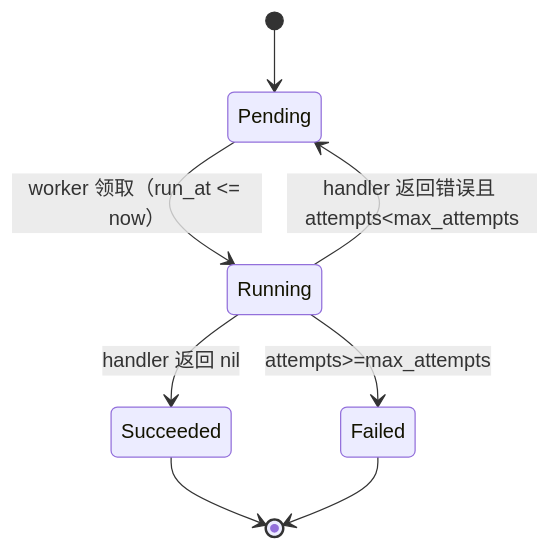
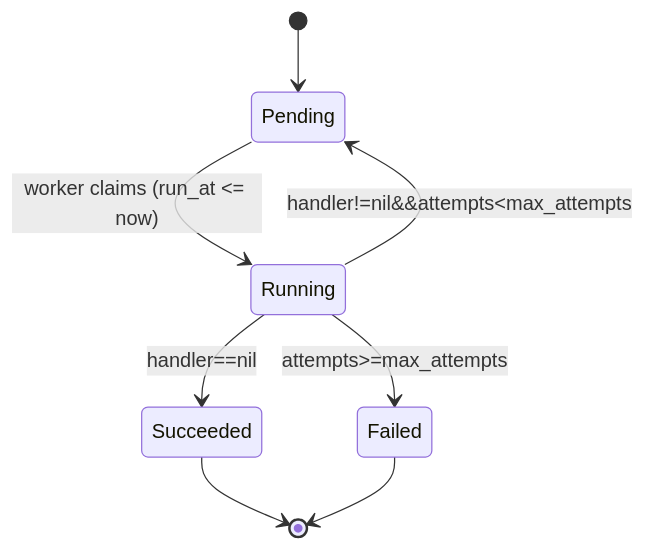
One commit to CL0UD6LOCK/kiln changed the diagram in README.zh-CN.md. Above: the diagram before and after it, drawn with Mermaid.

Commit message:
Clarify job state transition conditions
Update the Chinese README's state diagram to use explicit handler-result and retry conditions.

````diff
--- a/README.zh-CN.md
+++ b/README.zh-CN.md
@@ -81,10 +81,10 @@
 ```mermaid
 stateDiagram-v2
     [*] --> Pending
-    Pending --> Running: worker 领取（run_at <= now）
-    Running --> Succeeded: handler 返回 nil
-    Running --> Pending: handler 返回错误且 attempts#lt;max_attempts
+    Pending --> Running: worker claims (run_at <= now)
+    Running --> Succeeded: handler==nil
+    Running --> Pending: handler!=nil&&attempts#lt;max_attempts
     Running --> Failed: attempts>=max_attempts
     Succeeded --> [*]
     Failed --> [*]
 ```
````
